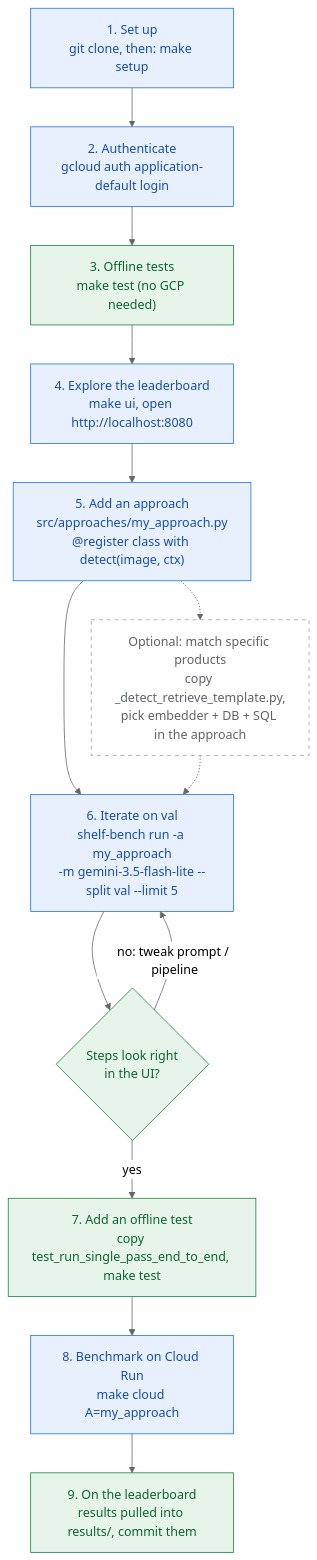
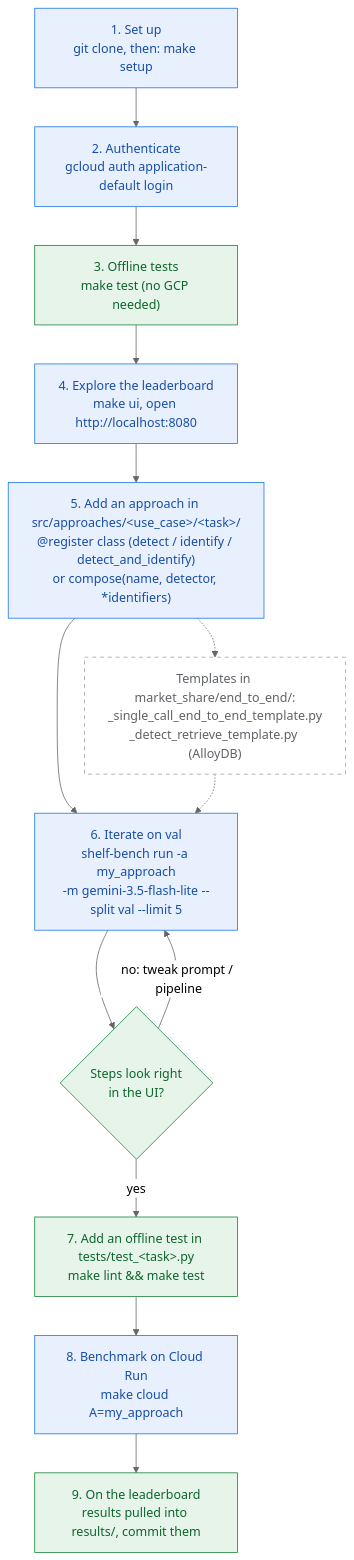
One commit to jigyasujuneja/unilever-shelf-understanding-e2e changed the diagram in docs/diagrams/onboarding.mmd. Above: the diagram before and after it, drawn with Mermaid (neutral theme). The commit also changed 14 other files, not shown here.

Commit message:
Modularize tests/ by task & subsystem; add onboarding cookbook and update diagrams

```diff
--- a/docs/diagrams/onboarding.mmd
+++ b/docs/diagrams/onboarding.mmd
@@ -1,21 +1,21 @@
 flowchart TD
   classDef step fill:#e8f0fe,stroke:#1a73e8,color:#174ea6
   classDef check fill:#e6f4ea,stroke:#188038,color:#0d652d
   classDef opt fill:#fff,stroke:#9aa0a6,color:#5f6368,stroke-dasharray: 5 5
 
   A["1. Set up<br/>git clone, then: make setup"]:::step
   B["2. Authenticate<br/>gcloud auth application-default login"]:::step
   C["3. Offline tests<br/>make test (no GCP needed)"]:::check
   D["4. Explore the leaderboard<br/>make ui, open http://localhost:8080"]:::step
-  E["5. Add an approach<br/>src/approaches/my_approach.py<br/>@register class with detect(image, ctx)"]:::step
+  E["5. Add an approach in src/approaches/&lt;use_case&gt;/&lt;task&gt;/<br/>@register class (detect / identify / detect_and_identify)<br/>or compose(name, detector, *identifiers)"]:::step
   F["6. Iterate on val<br/>shelf-bench run -a my_approach<br/>-m gemini-3.5-flash-lite --split val --limit 5"]:::step
   G{"Steps look right<br/>in the UI?"}:::check
-  H["7. Add an offline test<br/>copy test_run_single_pass_end_to_end, make test"]:::check
+  H["7. Add an offline test in tests/test_&lt;task&gt;.py<br/>make lint &amp;&amp; make test"]:::check
   I["8. Benchmark on Cloud Run<br/>make cloud A=my_approach"]:::step
   J["9. On the leaderboard<br/>results pulled into results/, commit them"]:::check
-  R["Optional: match specific products<br/>copy _detect_retrieve_template.py,<br/>pick embedder + DB + SQL in the approach"]:::opt
+  R["Templates in market_share/end_to_end/:<br/>_single_call_end_to_end_template.py<br/>_detect_retrieve_template.py (AlloyDB)"]:::opt
 
   A --> B --> C --> D --> E --> F --> G
   G -- "no: tweak prompt / pipeline" --> F
   G -- yes --> H --> I --> J
   E -.-> R -.-> F
```
